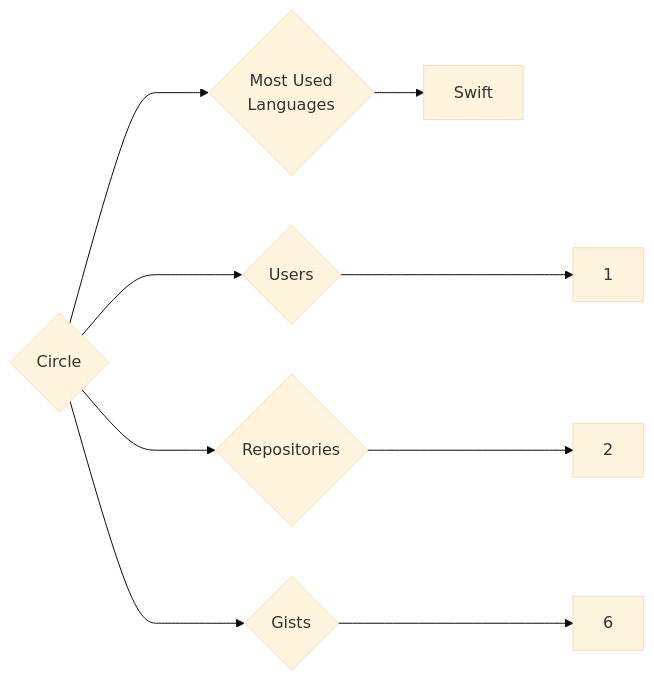
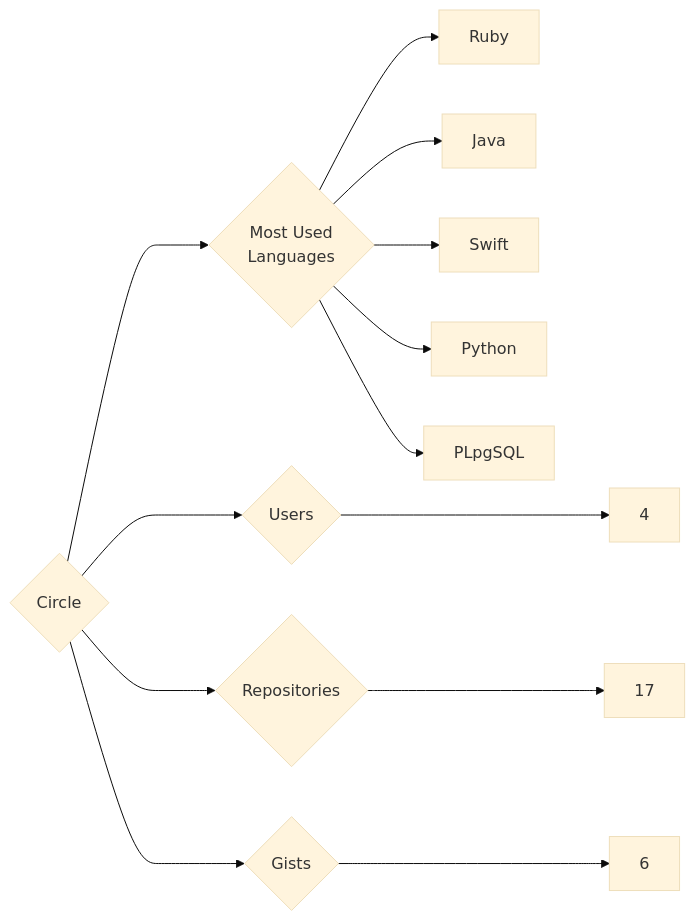
One commit to trickest/insiders changed the diagram in targets/Circle/README.md. Above: the diagram before and after it, drawn with Mermaid (base theme). The commit also changed 942 other files, not shown here.

````diff
--- a/targets/Circle/README.md
+++ b/targets/Circle/README.md
@@ -3,9 +3,13 @@
 ```mermaid
 graph LR
 COMPANY_NAME{Circle}
-COMPANY_NAME ---> U{Users} ---> UN[1]
-COMPANY_NAME ---> R{Repositories} ---> RN[2]
+COMPANY_NAME ---> U{Users} ---> UN[4]
+COMPANY_NAME ---> R{Repositories} ---> RN[17]
 COMPANY_NAME ---> G{Gists} ---> GN[6]
 COMPANY_NAME ---> ML{Most Used<br>Languages}
+ML --> Ruby[Ruby]
+ML --> Java[Java]
 ML --> Swift[Swift]
+ML --> Python[Python]
+ML --> PLpgSQL[PLpgSQL]
 ```
````
